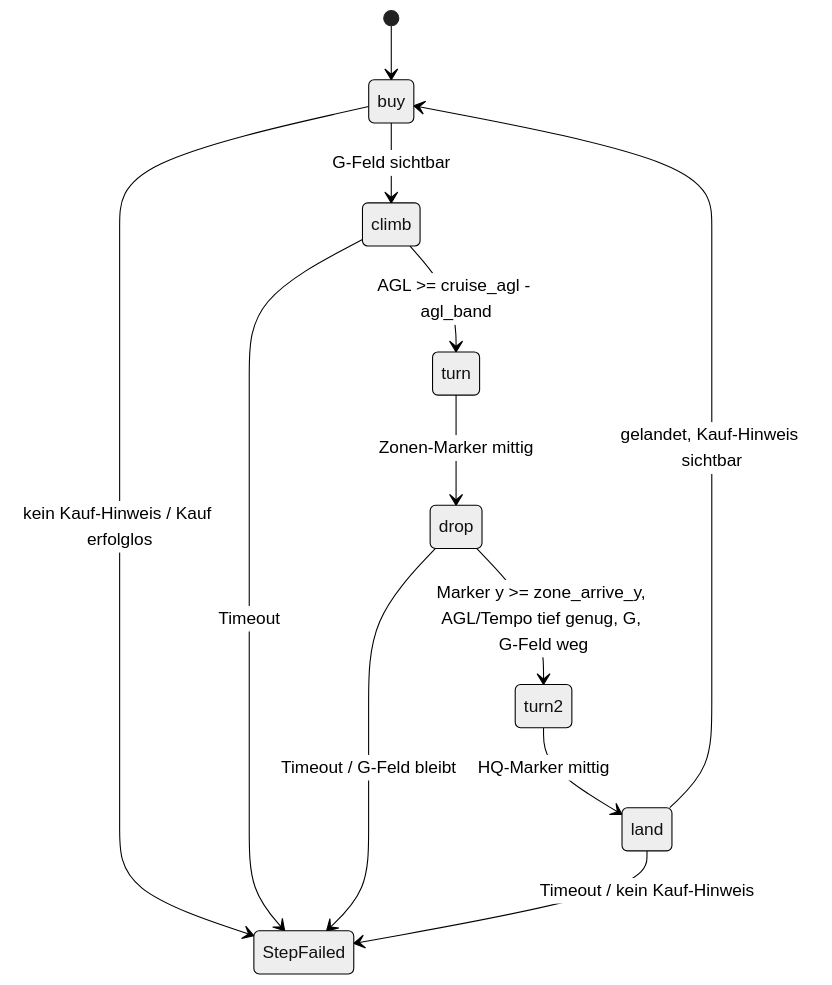
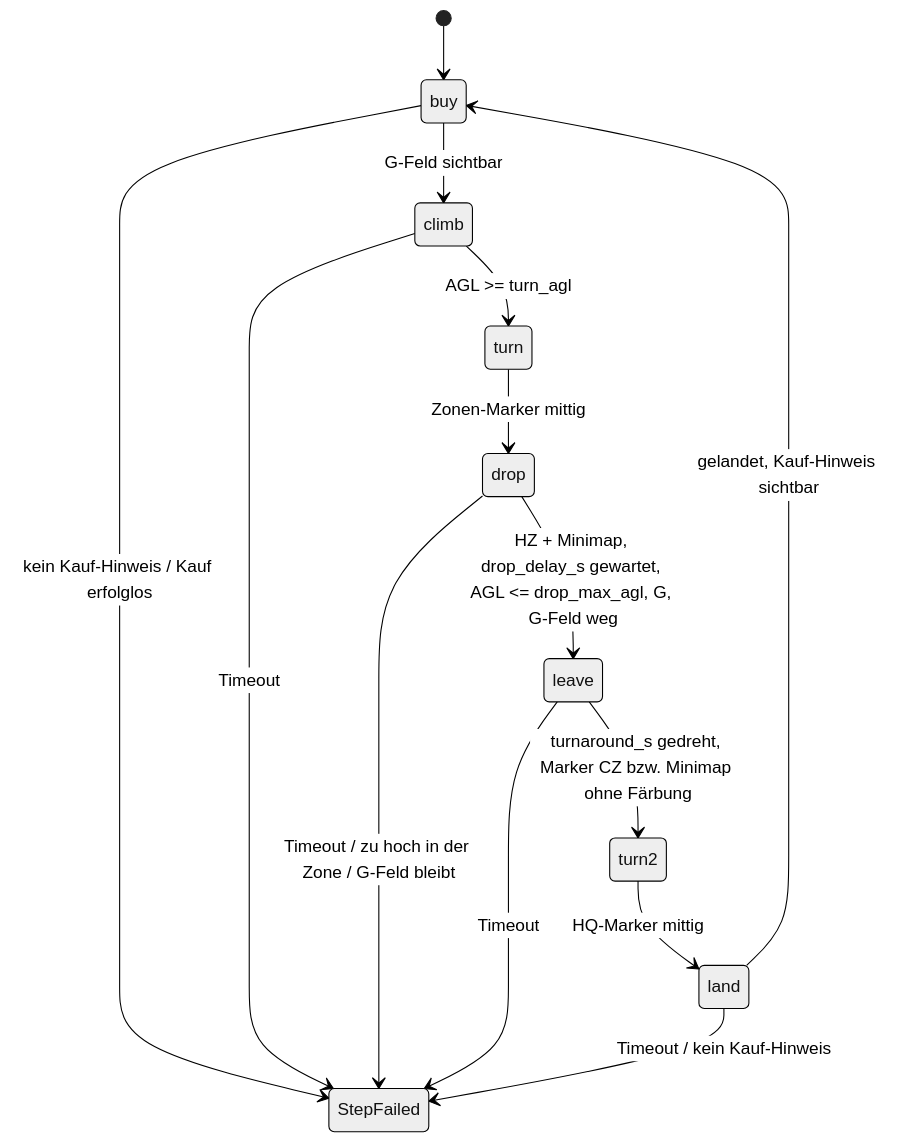
Before and after one commit to geilevideossos-gamedev/wardogs-xp-farmer: the second of 3 diagrams in docs/ARCHITECTURE.md, drawn with Mermaid (neutral theme). The commit also changed other lines of this file and 7 other files, not shown here.

````diff
--- a/docs/ARCHITECTURE.md
+++ b/docs/ARCHITECTURE.md
@@ -78,14 +78,16 @@
 ```mermaid
 stateDiagram-v2
     [*] --> buy
     buy --> climb: G-Feld sichtbar
-    climb --> turn: AGL >= cruise_agl - agl_band
+    climb --> turn: AGL >= turn_agl
     turn --> drop: Zonen-Marker mittig
-    drop --> turn2: Marker y >= zone_arrive_y, AGL/Tempo tief genug, G, G-Feld weg
+    drop --> leave: HZ + Minimap, drop_delay_s gewartet, AGL <= drop_max_agl, G, G-Feld weg
+    leave --> turn2: turnaround_s gedreht, Marker CZ bzw. Minimap ohne Färbung
     turn2 --> land: HQ-Marker mittig
     land --> buy: gelandet, Kauf-Hinweis sichtbar
     buy --> StepFailed: kein Kauf-Hinweis / Kauf erfolglos
     climb --> StepFailed: Timeout
-    drop --> StepFailed: Timeout / G-Feld bleibt
+    drop --> StepFailed: Timeout / zu hoch in der Zone / G-Feld bleibt
+    leave --> StepFailed: Timeout
     land --> StepFailed: Timeout / kein Kauf-Hinweis
 ```
````
